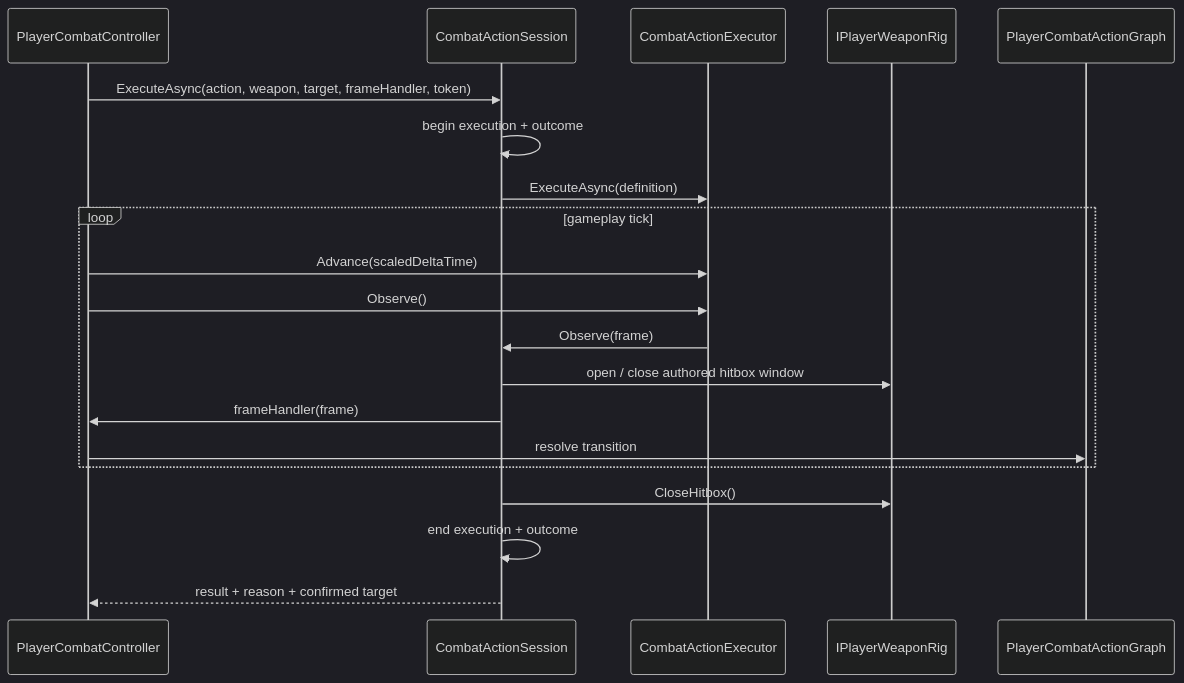
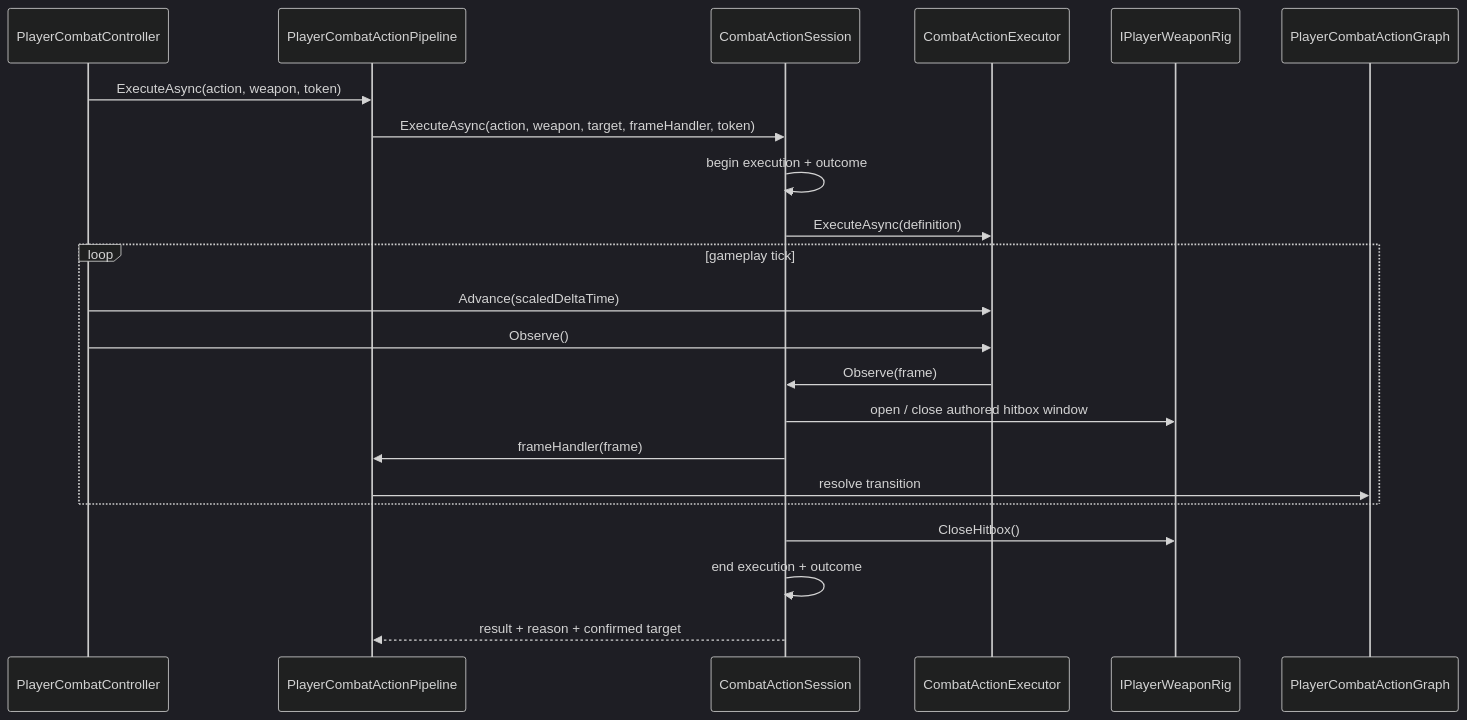
One commit to MaximFonariuc/project-s changed the second of 2 diagrams in Docs/Architecture/Combat.ActionSession.md. Above: the diagram before and after it, drawn with Mermaid (dark theme). The commit also changed other lines of this file and 13 other files, not shown here.

Commit message:
refactor(combat): extract action execution pipeline

````diff
--- a/Docs/Architecture/Combat.ActionSession.md
+++ b/Docs/Architecture/Combat.ActionSession.md
@@ -82,23 +86,25 @@
 ```mermaid
 sequenceDiagram
     participant Combat as PlayerCombatController
+    participant Pipeline as PlayerCombatActionPipeline
     participant Session as CombatActionSession
     participant Executor as CombatActionExecutor
     participant Rig as IPlayerWeaponRig
     participant Graph as PlayerCombatActionGraph
 
-    Combat->>Session: ExecuteAsync(action, weapon, target, frameHandler, token)
+    Combat->>Pipeline: ExecuteAsync(action, weapon, token)
+    Pipeline->>Session: ExecuteAsync(action, weapon, target, frameHandler, token)
     Session->>Session: begin execution + outcome
     Session->>Executor: ExecuteAsync(definition)
     loop gameplay tick
         Combat->>Executor: Advance(scaledDeltaTime)
         Combat->>Executor: Observe()
         Executor->>Session: Observe(frame)
         Session->>Rig: open / close authored hitbox window
-        Session->>Combat: frameHandler(frame)
-        Combat->>Graph: resolve transition
+        Session->>Pipeline: frameHandler(frame)
+        Pipeline->>Graph: resolve transition
     end
     Session->>Rig: CloseHitbox()
     Session->>Session: end execution + outcome
-    Session-->>Combat: result + reason + confirmed target
+    Session-->>Pipeline: result + reason + confirmed target
 ```
````
